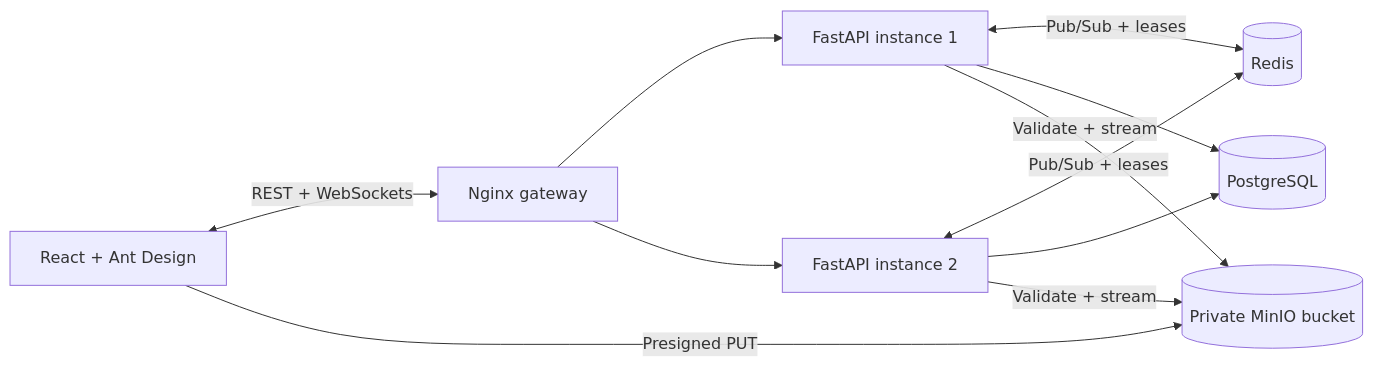
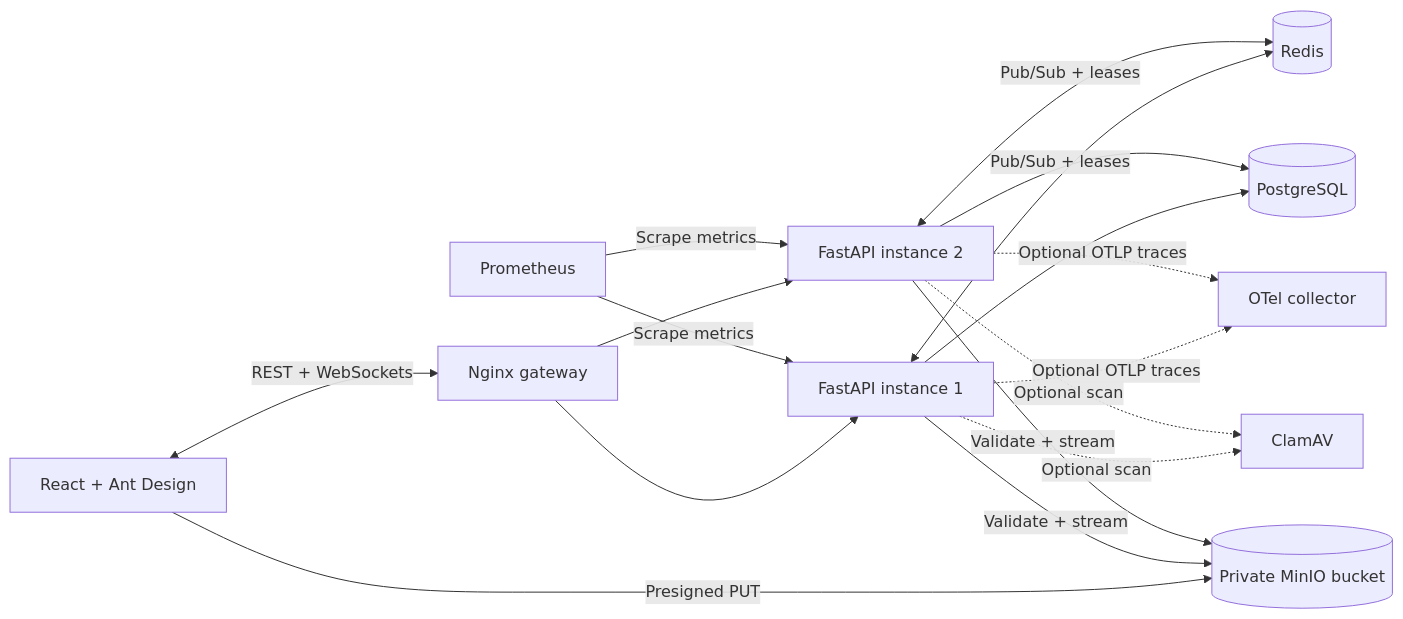
One commit to Singatha/chatterbox changed the diagram in README.md. Above: the diagram before and after it, drawn with Mermaid. The commit also changed other lines of this file and 21 other files, not shown here.

````diff
--- a/README.md
+++ b/README.md
@@ -47,13 +54,19 @@
 ```mermaid
 flowchart LR
     Browser[React + Ant Design] <-->|REST + WebSockets| Gateway[Nginx gateway]
     Gateway --> API1[FastAPI instance 1]
     Gateway --> API2[FastAPI instance 2]
     API1 <-->|Pub/Sub + leases| Redis[(Redis)]
     API2 <-->|Pub/Sub + leases| Redis
     API1 --> DB[(PostgreSQL)]
     API2 --> DB
+    Prometheus[Prometheus] -->|Scrape metrics| API1
+    Prometheus -->|Scrape metrics| API2
+    API1 -.->|Optional OTLP traces| Collector[OTel collector]
+    API2 -.->|Optional OTLP traces| Collector
     Browser -->|Presigned PUT| MinIO[(Private MinIO bucket)]
     API1 -->|Validate + stream| MinIO
     API2 -->|Validate + stream| MinIO
+    API1 -.->|Optional scan| ClamAV[ClamAV]
+    API2 -.->|Optional scan| ClamAV
 ```
````
